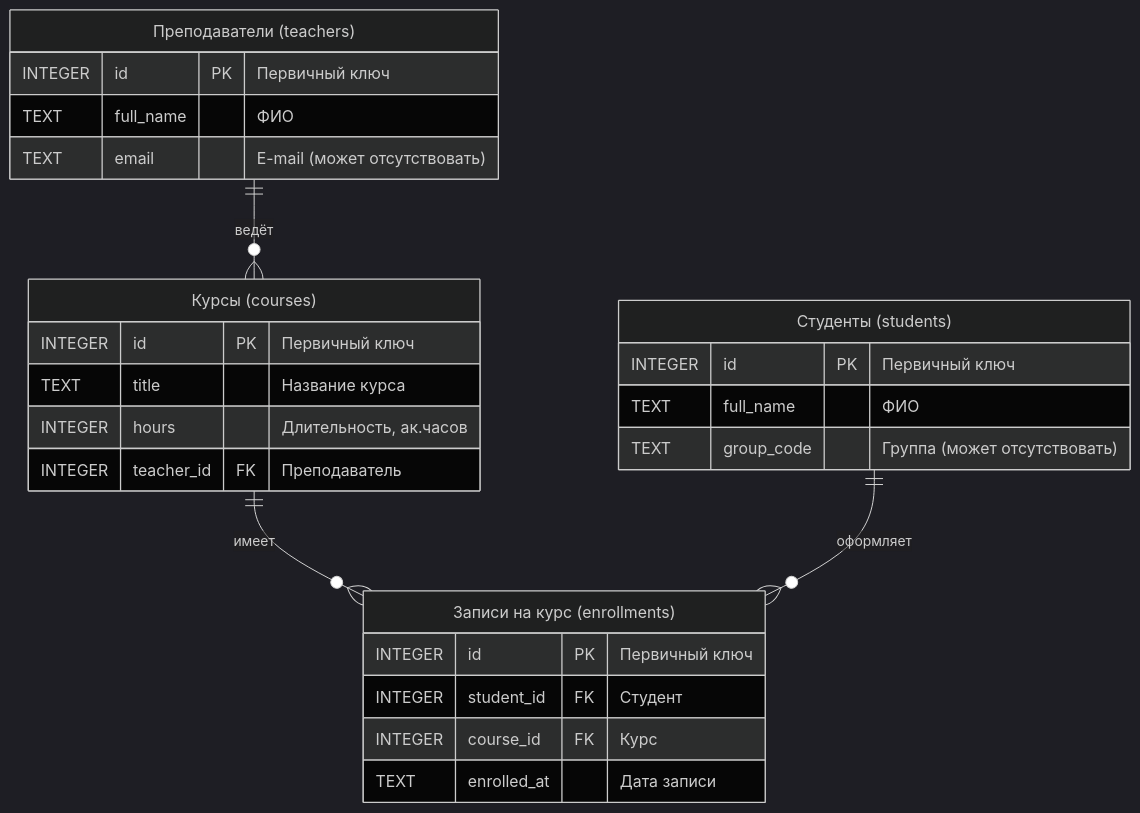
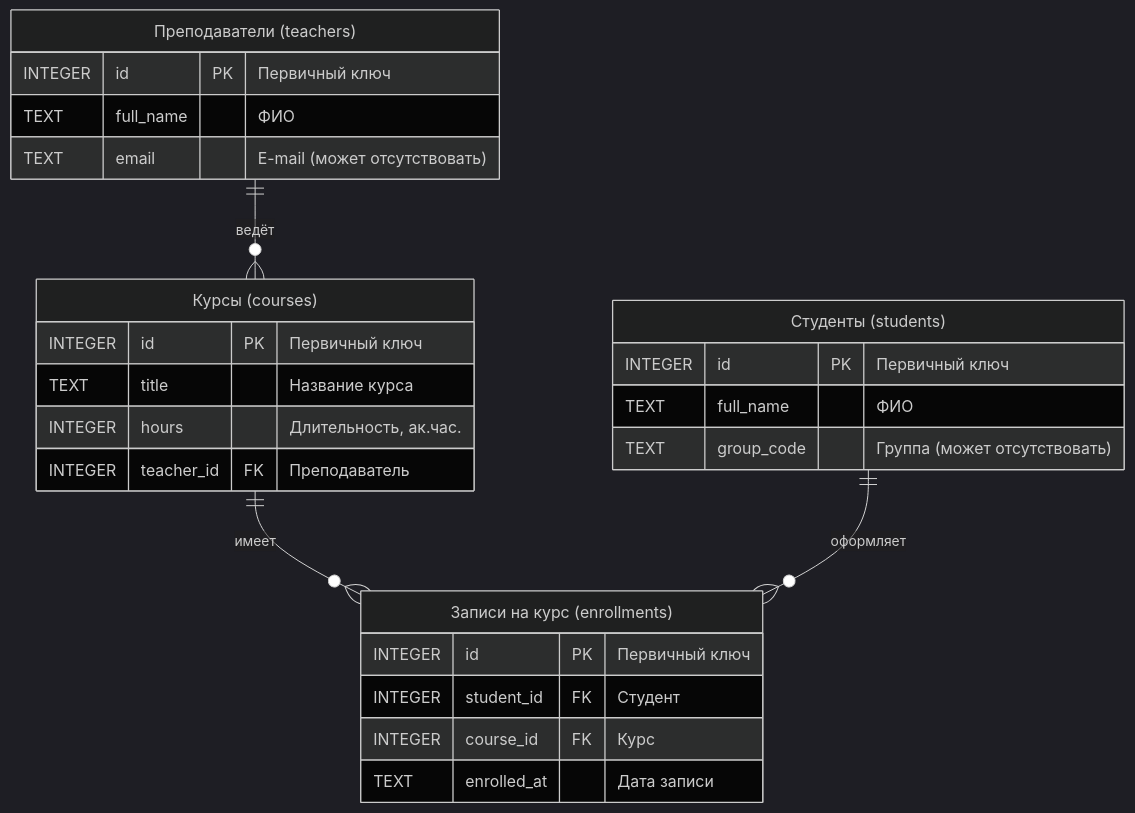
Before and after one commit to vshp-online/it.vshp.online: the diagram in disciplines/it03/lectures/includes/learning_portal_db/learning_portal.mermaid, drawn with Mermaid (dark theme). The commit also changed 5 other files, not shown here.

Commit message:
мелкие фиксы в диаграммах и данных ИТ.03

```diff
--- a/disciplines/it03/lectures/includes/learning_portal_db/learning_portal.mermaid
+++ b/disciplines/it03/lectures/includes/learning_portal_db/learning_portal.mermaid
@@ -1,32 +1,32 @@
 erDiagram
   %% Сущности учебного портала
   teachers["Преподаватели (teachers)"] {
     INTEGER    id PK        "Первичный ключ"
     TEXT       full_name    "ФИО"
     TEXT       email        "E-mail (может отсутствовать)"
   }
 
   courses["Курсы (courses)"] {
     INTEGER    id PK            "Первичный ключ"
     TEXT       title            "Название курса"
-    INTEGER    hours            "Длительность, ак.часов"
+    INTEGER    hours            "Длительность, ак.час."
     INTEGER    teacher_id FK    "Преподаватель"
   }
 
   students["Студенты (students)"] {
     INTEGER    id PK         "Первичный ключ"
     TEXT       full_name     "ФИО"
     TEXT       group_code    "Группа (может отсутствовать)"
   }
 
   enrollments["Записи на курс (enrollments)"] {
     INTEGER    id PK            "Первичный ключ"
     INTEGER    student_id FK    "Студент"
     INTEGER    course_id FK     "Курс"
     TEXT       enrolled_at      "Дата записи"
   }
 
   %% Связи и кратности
   teachers ||--o{ courses : "ведёт"
   courses ||--o{ enrollments : "имеет"
   students ||--o{ enrollments : "оформляет"
```
